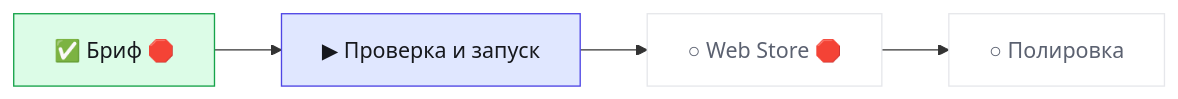
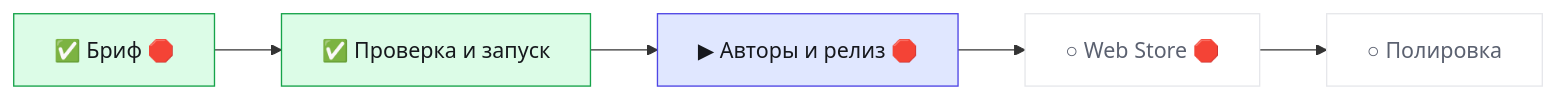
Before and after one commit to helpfulbriefl/topath-saver: the diagram in .bro/STATUS.md, drawn with Mermaid. The commit also changed other lines of this file and 8 other files, not shown here.

````diff
--- a/.bro/STATUS.md
+++ b/.bro/STATUS.md
@@ -8,16 +8,18 @@
 ```mermaid
 flowchart LR
   n0["✅ Бриф 🛑"]:::done
-  n1["▶ Проверка и запуск"]:::run
+  n1["✅ Проверка и запуск"]:::done
   n0 --> n1
-  n2["○ Web Store 🛑"]:::todo
+  n2["▶ Авторы и релиз 🛑"]:::run
   n1 --> n2
-  n3["○ Полировка"]:::todo
+  n3["○ Web Store 🛑"]:::todo
   n2 --> n3
+  n4["○ Полировка"]:::todo
+  n3 --> n4
   classDef done fill:#DCFCE7,stroke:#16A34A,color:#16181D
   classDef run fill:#E0E7FF,stroke:#4F46E5,color:#16181D
   classDef wait fill:#FEF3C7,stroke:#D97706,color:#16181D
   classDef todo fill:#FFFFFF,stroke:#E6E7EB,color:#5B6170
   classDef pause fill:#F3F4F6,stroke:#9CA3AF,color:#5B6170
   classDef frozen fill:#F3F4F6,stroke:#9CA3AF,color:#5B6170
 ```
````
